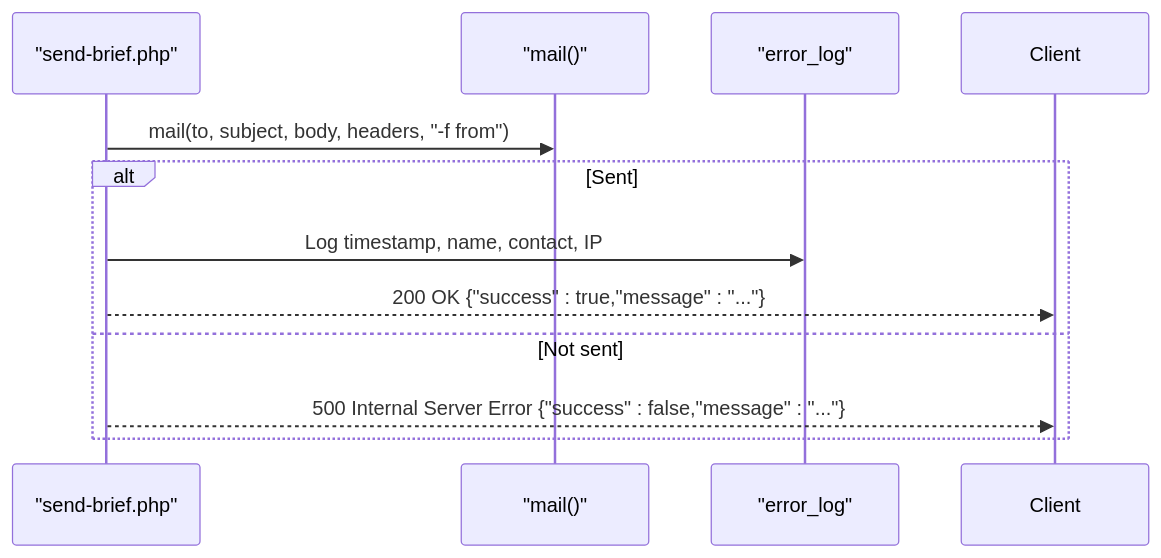
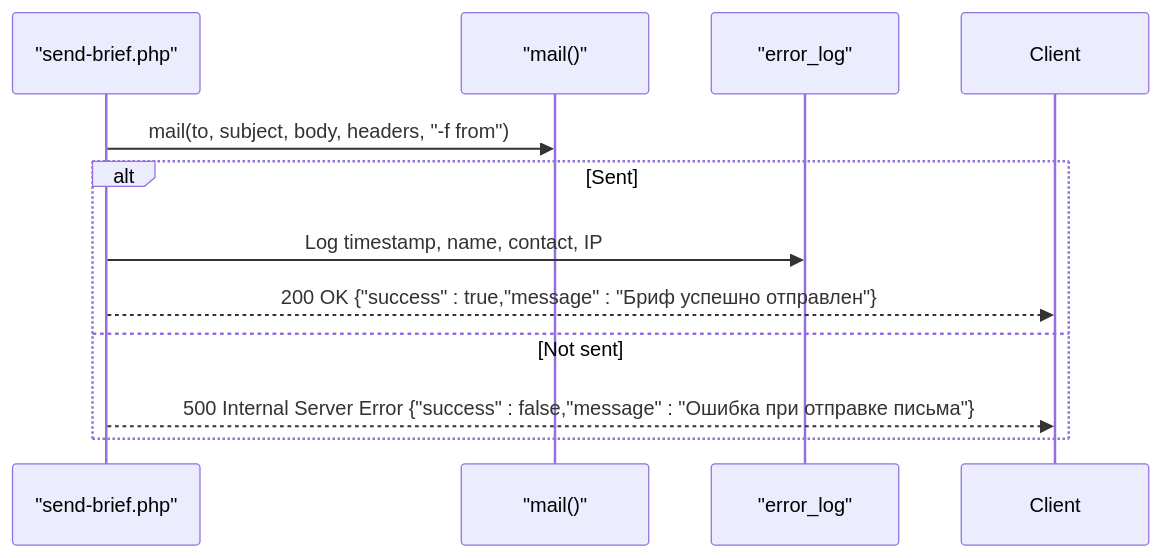
Before and after one commit to Vostrikov2014/emoo: the fifth of 6 diagrams in .qoder/repowiki/en/content/File Reference/send-brief.php - Backend Form Processor.md, drawn with Mermaid. The commit also changed other lines of this file and 4 other files, not shown here.

````diff
--- a/.qoder/repowiki/en/content/File Reference/send-brief.php - Backend Form Processor.md
+++ b/.qoder/repowiki/en/content/File Reference/send-brief.php - Backend Form Processor.md
@@ -170,13 +193,13 @@
 ```mermaid
 sequenceDiagram
 participant S as "send-brief.php"
 participant M as "mail()"
 participant L as "error_log"
 S->>M : mail(to, subject, body, headers, "-f from")
 alt Sent
 S->>L : Log timestamp, name, contact, IP
-S-->>Client : 200 OK {"success" : true,"message" : "..."}
+S-->>Client : 200 OK {"success" : true,"message" : "Бриф успешно отправлен"}
 else Not sent
-S-->>Client : 500 Internal Server Error {"success" : false,"message" : "..."}
+S-->>Client : 500 Internal Server Error {"success" : false,"message" : "Ошибка при отправке письма"}
 end
 ```
````
